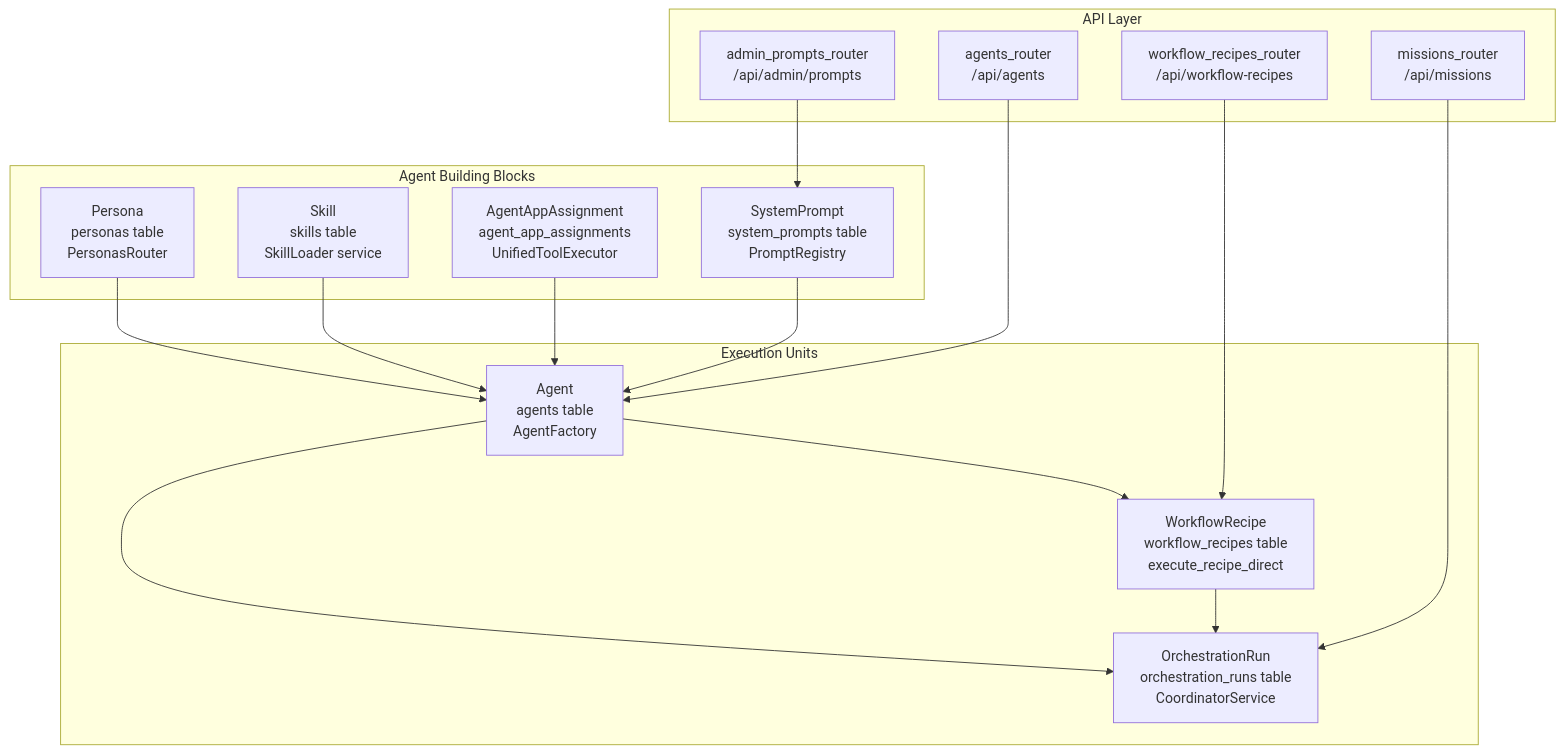
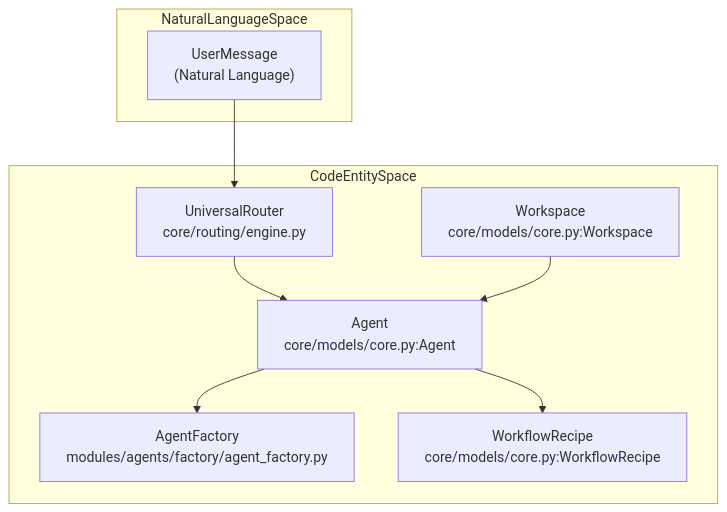
One commit to AutomatosAI/automatos-ai changed the first of 2 diagrams in docs/overview/key-concepts.md. Above: the diagram before and after it, drawn with Mermaid. The commit also changed other lines of this file and 191 other files, not shown here.

````diff
--- a/docs/overview/key-concepts.md
+++ b/docs/overview/key-concepts.md
@@ -41,36 +38,20 @@
 ```mermaid
 graph TB
-    subgraph "Agent Building Blocks"
-        PersonaModel["Persona<br/>personas table<br/>PersonasRouter"]
-        SkillModel["Skill<br/>skills table<br/>SkillLoader service"]
-        ToolAssignment["AgentAppAssignment<br/>agent_app_assignments<br/>UnifiedToolExecutor"]
-        SystemPrompt["SystemPrompt<br/>system_prompts table<br/>PromptRegistry"]
+    subgraph "NaturalLanguageSpace"
+        UserQuery["UserMessage<br/>(Natural Language)"]
+    end
+
+    subgraph "CodeEntitySpace"
+        AgentModel["Agent<br/>core/models/core.py:Agent"]
+        AgentFactory["AgentFactory<br/>modules/agents/factory/agent_factory.py"]
+        RecipeModel["WorkflowRecipe<br/>core/models/core.py:WorkflowRecipe"]
+        WorkspaceModel["Workspace<br/>core/models/core.py:Workspace"]
+        UniversalRouter["UniversalRouter<br/>core/routing/engine.py"]
     end
     
-    subgraph "Execution Units"
-        AgentModel["Agent<br/>agents table<br/>AgentFactory"]
-        RecipeModel["WorkflowRecipe<br/>workflow_recipes table<br/>execute_recipe_direct"]
-        MissionModel["OrchestrationRun<br/>orchestration_runs table<br/>CoordinatorService"]
-    end
-    
-    subgraph "API Layer"
-        AgentRouter["agents_router<br/>/api/agents"]
-        RecipeRouter["workflow_recipes_router<br/>/api/workflow-recipes"]
-        MissionRouter["missions_router<br/>/api/missions"]
-        AdminPromptRouter["admin_prompts_router<br/>/api/admin/prompts"]
-    end
-    
-    PersonaModel --> AgentModel
-    SkillModel --> AgentModel
-    ToolAssignment --> AgentModel
-    SystemPrompt --> AgentModel
-    
+    UserQuery --> UniversalRouter
+    UniversalRouter --> AgentModel
+    AgentModel --> AgentFactory
+    WorkspaceModel --> AgentModel
     AgentModel --> RecipeModel
-    AgentModel --> MissionModel
-    RecipeModel --> MissionModel
-    
-    AgentRouter --> AgentModel
-    RecipeRouter --> RecipeModel
-    MissionRouter --> MissionModel
-    AdminPromptRouter --> SystemPrompt
 ```
````
